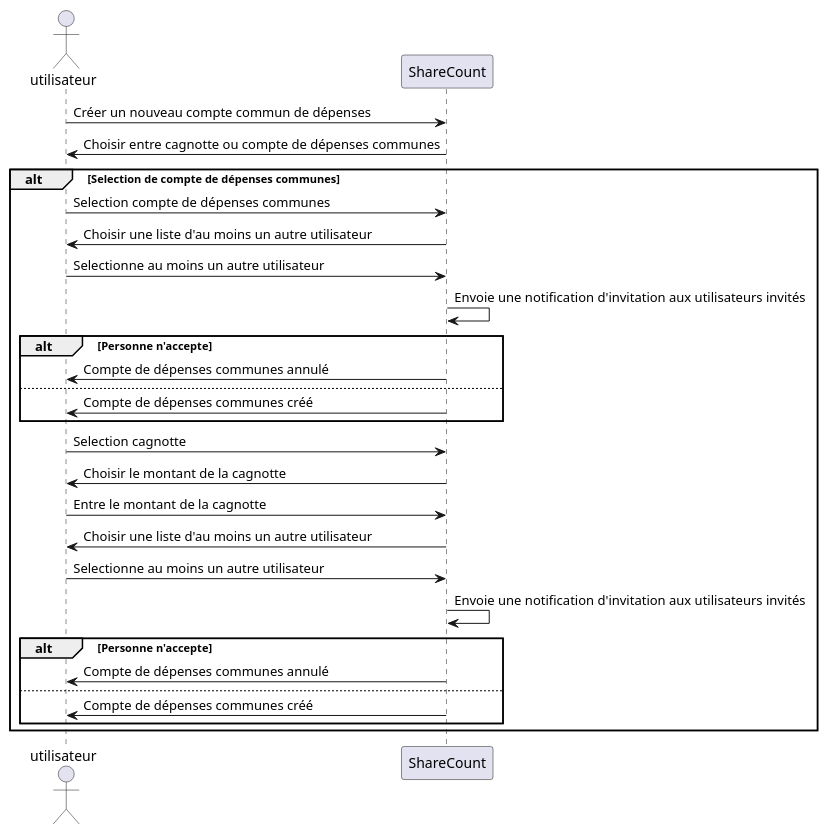
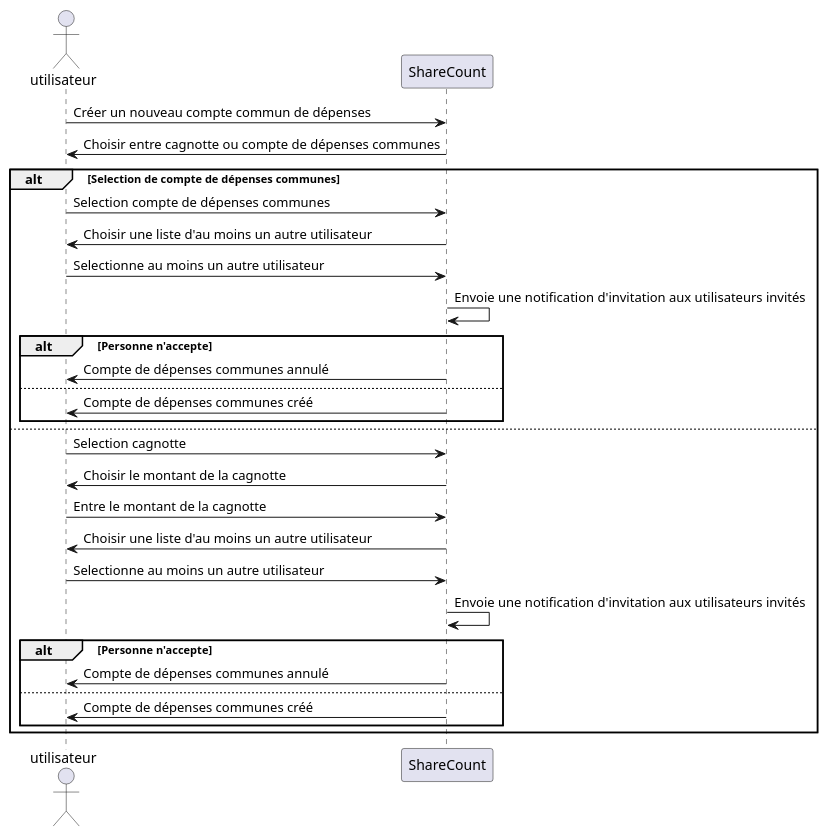
Before and after one commit to lmtb06/sharecount: the diagram in diagrammes/specification/sequence/Créer-compte-commun-de-dépenses.puml, drawn with PlantUML.

Commit message:
fix une erreur

```diff
--- a/diagrammes/specification/sequence/Créer-compte-commun-de-dépenses.puml
+++ b/diagrammes/specification/sequence/Créer-compte-commun-de-dépenses.puml
@@ -1,41 +1,42 @@
 @startuml  Créer compte commun de dépenses
 
 actor utilisateur as u
 participant ShareCount as sc
 
 u -> sc : Créer un nouveau compte commun de dépenses
 sc -> u : Choisir entre cagnotte ou compte de dépenses communes
 
 alt Selection de compte de dépenses communes
 u -> sc : Selection compte de dépenses communes
 sc -> u : Choisir une liste d'au moins un autre utilisateur
 u -> sc : Selectionne au moins un autre utilisateur
 sc -> sc : Envoie une notification d'invitation aux utilisateurs invités
 
 
 alt Personne n'accepte
 sc -> u : Compte de dépenses communes annulé
 else
 
 sc -> u : Compte de dépenses communes créé
 
 end
+else
 
 u -> sc : Selection cagnotte
 sc -> u : Choisir le montant de la cagnotte
 u -> sc : Entre le montant de la cagnotte
 sc -> u : Choisir une liste d'au moins un autre utilisateur
 u -> sc : Selectionne au moins un autre utilisateur
 sc -> sc : Envoie une notification d'invitation aux utilisateurs invités
 
 alt Personne n'accepte
 sc -> u : Compte de dépenses communes annulé
 else
 
 sc -> u : Compte de dépenses communes créé
 
 end
 
 end
 
 @enduml
```
